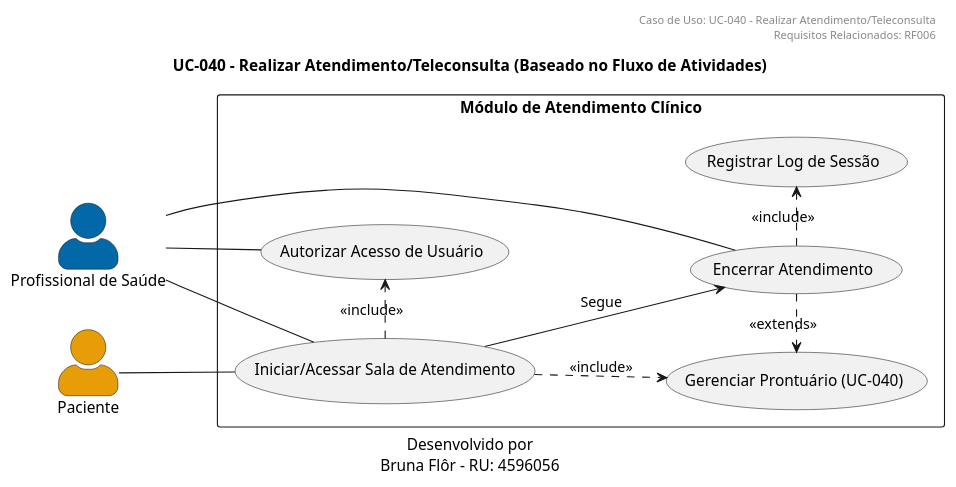
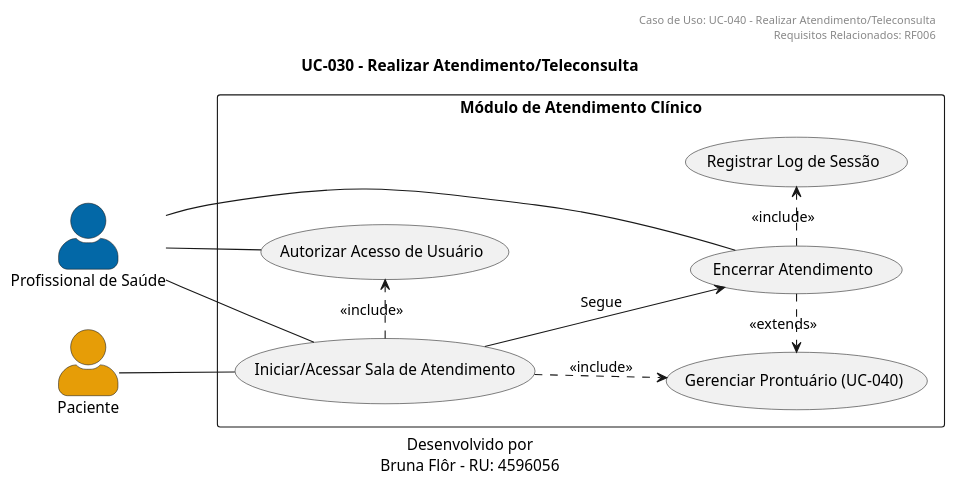
The diagram in docs/diagrams/use-case/UC-030-atendimento.puml (bruflor/sghss-next-app), drawn with PlantUML before and after one commit. The commit also changed 7 other files, not shown here.

```diff
--- a/docs/diagrams/use-case/UC-030-atendimento.puml
+++ b/docs/diagrams/use-case/UC-030-atendimento.puml
@@ -1,46 +1,46 @@
 @startuml
 
 header
 Caso de Uso: UC-040 - Realizar Atendimento/Teleconsulta
 Requisitos Relacionados: RF006
 end header
 
 caption
 Desenvolvido por
 Bruna Flôr - RU: 4596056
 end caption
 
-title UC-040 - Realizar Atendimento/Teleconsulta (Baseado no Fluxo de Atividades)
+title UC-030 - Realizar Atendimento/Teleconsulta
 
 left to right direction
 skinparam actorStyle awesome
 
 actor #E69D07 Paciente as Pac
 actor #0368A7 "Profissional de Saúde" as Prof
 
 rectangle "Módulo de Atendimento Clínico" {
 
     usecase "Iniciar/Acessar Sala de Atendimento" as UC_Acessar
     usecase "Encerrar Atendimento" as UC_Encerrar
     usecase "Autorizar Acesso de Usuário" as UC_Acesso
     usecase "Registrar Log de Sessão" as UC_Log
     usecase "Gerenciar Prontuário (UC-040)" as UC_Pront
 }
 
 Pac -- UC_Acessar
 
 Prof -- UC_Acessar
 Prof -- UC_Encerrar
 Prof -- UC_Acesso
 
 
 UC_Acessar --> UC_Encerrar : Segue
 
 UC_Acessar .> UC_Acesso : <<include>>
 
 UC_Acessar .> UC_Pront : <<include>>
 
 UC_Encerrar .> UC_Log : <<include>>
 
 UC_Encerrar .> UC_Pront : <<extends>>
 @enduml
```
